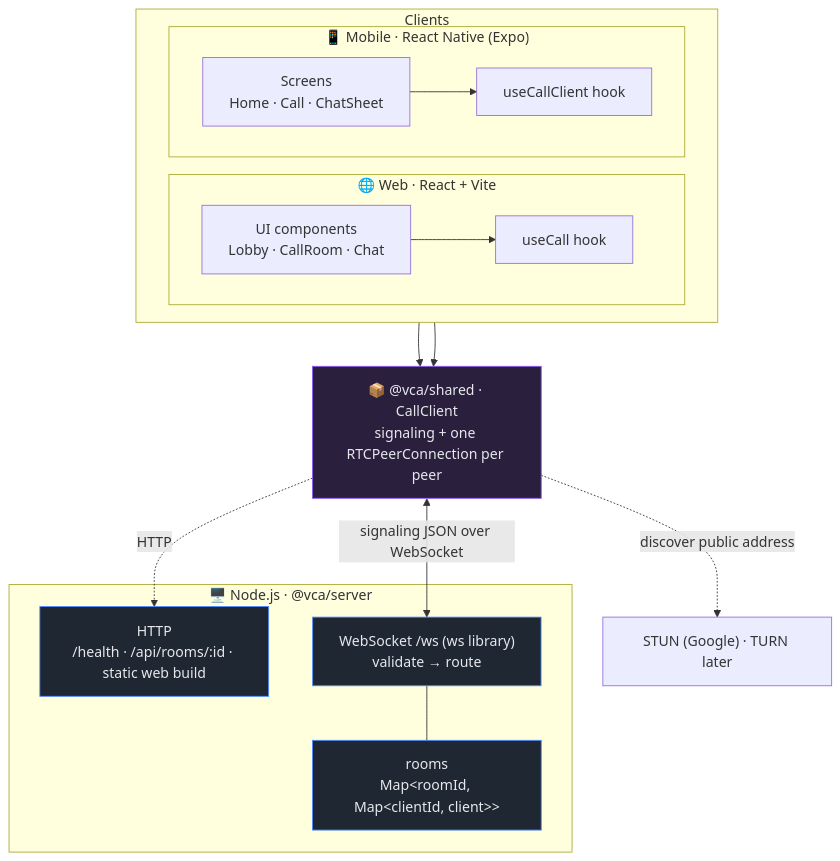
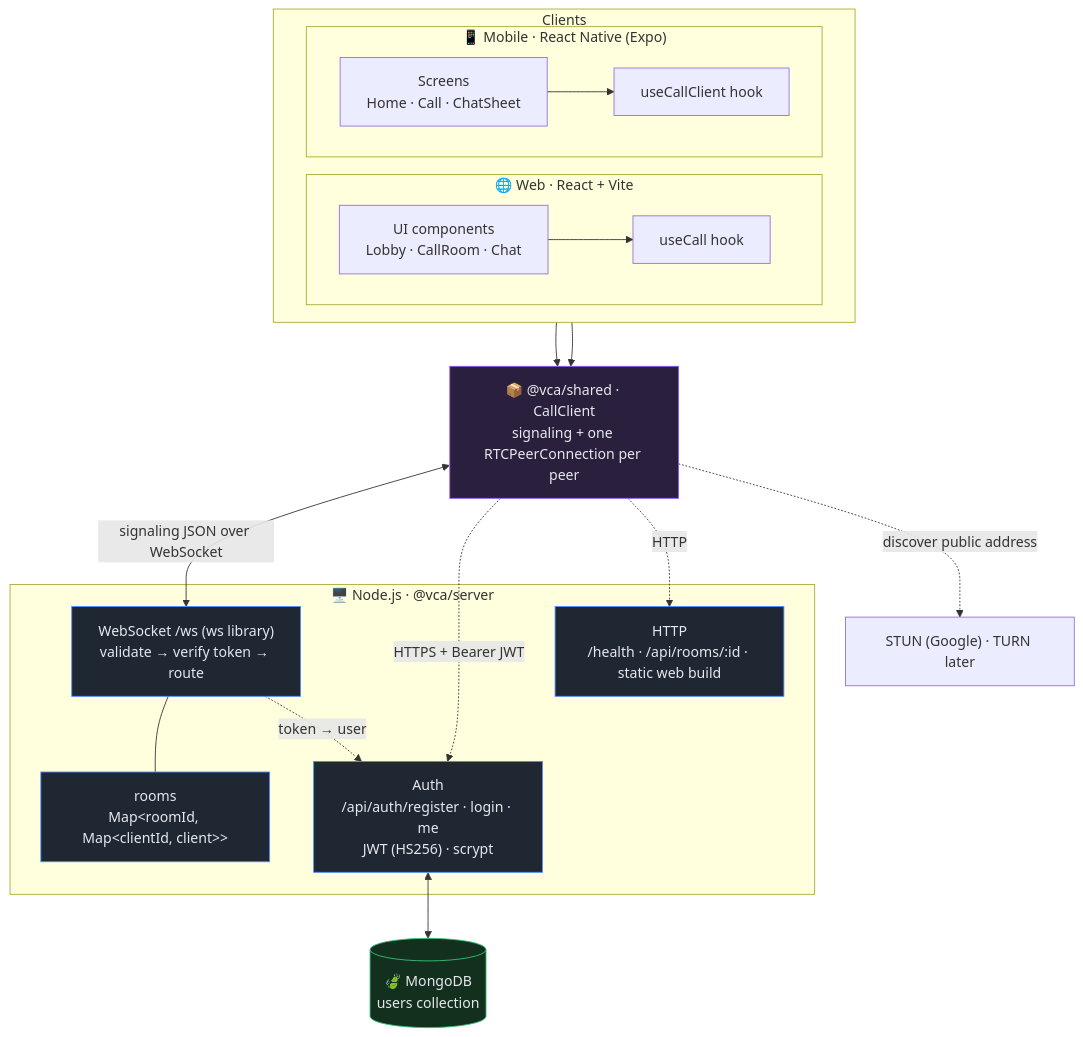
The first of 8 diagrams in ARCHITECTURE.md (HarishVerma-UI/video-call-app), drawn with Mermaid before and after one commit. The commit also changed other lines of this file and 47 other files, not shown here.

````diff
--- a/ARCHITECTURE.md
+++ b/ARCHITECTURE.md
@@ -17,37 +17,44 @@
 ```mermaid
 flowchart TB
   subgraph Clients
     direction LR
     subgraph Web["🌐 Web · React + Vite"]
       WUI["UI components<br/>Lobby · CallRoom · Chat"]
       WHOOK["useCall hook"]
       WUI --> WHOOK
     end
     subgraph Mobile["📱 Mobile · React Native (Expo)"]
       MUI["Screens<br/>Home · Call · ChatSheet"]
       MHOOK["useCallClient hook"]
       MUI --> MHOOK
     end
   end
 
   SHARED["📦 @vca/shared · CallClient<br/>signaling + one RTCPeerConnection per peer"]
   WHOOK --> SHARED
   MHOOK --> SHARED
 
   subgraph Server["🖥️ Node.js · @vca/server"]
+    AUTH["Auth<br/>/api/auth/register · login · me<br/>JWT (HS256) · scrypt"]
     HTTP["HTTP<br/>/health · /api/rooms/:id · static web build"]
-    WSS["WebSocket /ws (ws library)<br/>validate → route"]
+    WSS["WebSocket /ws (ws library)<br/>validate → verify token → route"]
     ROOMS["rooms<br/>Map&lt;roomId, Map&lt;clientId, client&gt;&gt;"]
     WSS --- ROOMS
+    WSS -. "token → user" .-> AUTH
   end
+  DB[("🍃 MongoDB<br/>users collection")]
+  AUTH <--> DB
 
   SHARED <-->|"signaling JSON over WebSocket"| WSS
+  SHARED -.->|"HTTPS + Bearer JWT"| AUTH
   SHARED -.->|"HTTP"| HTTP
   STUN["STUN (Google) · TURN later"]
   SHARED -.->|"discover public address"| STUN
 
   classDef server fill:#1f2733,stroke:#4f8cff,color:#e6e8ec;
   classDef shared fill:#2a1f3d,stroke:#8b5cf6,color:#e6e8ec;
-  class HTTP,WSS,ROOMS server;
+  classDef db fill:#13301f,stroke:#35c47a,color:#e6e8ec;
+  class AUTH,HTTP,WSS,ROOMS server;
   class SHARED shared;
+  class DB db;
 ```
````
